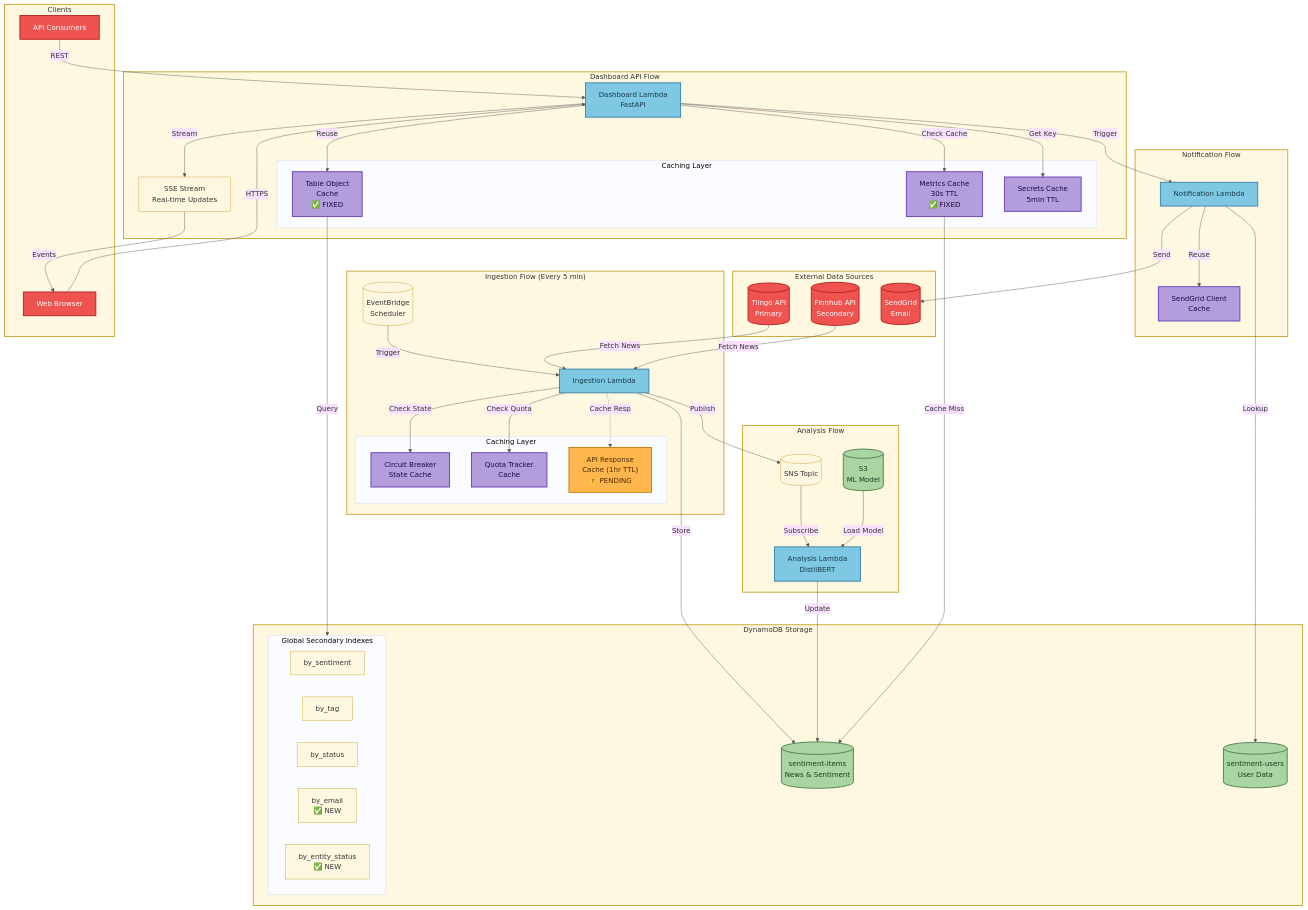
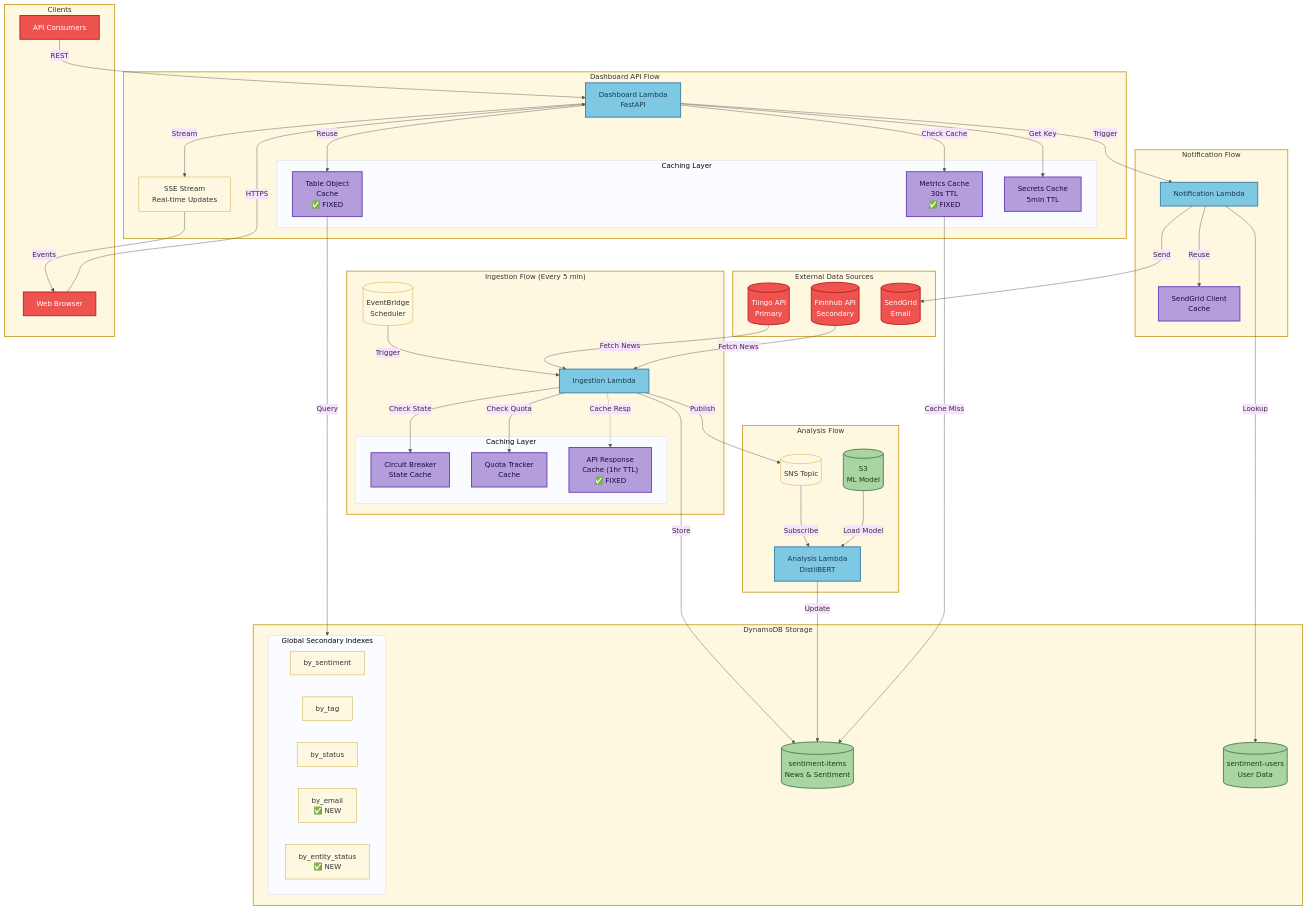
One commit to traylorre/sentiment-analyzer-gsk changed the first of 4 diagrams in docs/DATA_FLOW_AUDIT.md. Above: the diagram before and after it, drawn with Mermaid. The commit also changed other lines of this file, not shown here.

First line of the commit message:
perf(DFA-004): Add API response caching to Tiingo/Finnhub adapters

````diff
--- a/docs/DATA_FLOW_AUDIT.md
+++ b/docs/DATA_FLOW_AUDIT.md
@@ -28,7 +28,7 @@
         subgraph IngestionCache["Caching Layer"]
             CB["Circuit Breaker<br/>State Cache"]
             QT["Quota Tracker<br/>Cache"]
-            APIC["API Response<br/>Cache (1hr TTL)<br/>⚠️ PENDING"]
+            APIC["API Response<br/>Cache (1hr TTL)<br/>✅ FIXED"]
         end
     end
 
@@ -118,5 +118,5 @@
     class DDB,UDDB,S3M storageStyle
     class MC,TC,SC,CB,QT,NOTC cacheStyle
     class Tiingo,Finnhub,SendGrid,Browser,API externalStyle
-    class APIC pendingStyle
+    class APIC cacheStyle
 ```
````
